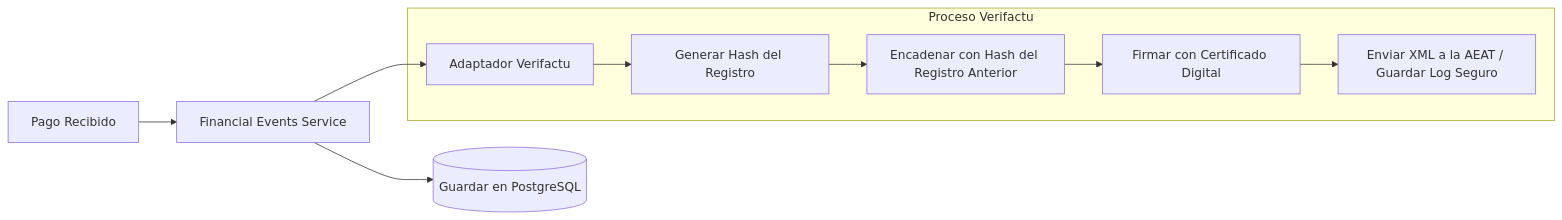
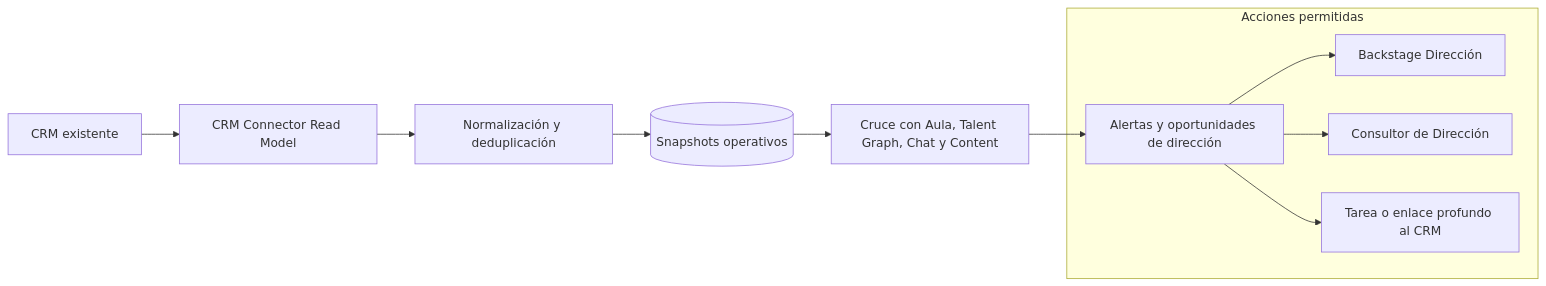
Before and after one commit to NoCodeWorker/Jana: the fourth of 4 diagrams in docs/03_requisitos_funcionales.md, drawn with Mermaid. The commit also changed other lines of this file and 62 other files, not shown here.

````diff
--- a/docs/03_requisitos_funcionales.md
+++ b/docs/03_requisitos_funcionales.md
@@ -115,13 +115,14 @@
 ```mermaid
 graph LR
-    Pago[Pago Recibido] --> Service[Financial Events Service]
-    Service --> R_Postgres[(Guardar en PostgreSQL)]
-    Service --> Verifactu[Adaptador Verifactu]
+    CRM[CRM existente] --> Connector[CRM Connector Read Model]
+    Connector --> Normalize[Normalización y deduplicación]
+    Normalize --> Store[(Snapshots operativos)]
+    Store --> Cross[Cruce con Aula, Talent Graph, Chat y Content]
+    Cross --> Signals[Alertas y oportunidades de dirección]
     
-    subgraph Proceso Verifactu
-        Verifactu --> Hash[Generar Hash del Registro]
-        Hash --> Chain[Encadenar con Hash del Registro Anterior]
-        Chain --> Sign[Firmar con Certificado Digital]
-        Sign --> Send[Enviar XML a la AEAT / Guardar Log Seguro]
+    subgraph Acciones permitidas
+        Signals --> Dashboard[Backstage Dirección]
+        Signals --> Consultant[Consultor de Dirección]
+        Signals --> Task[Tarea o enlace profundo al CRM]
     end
 ```
````
